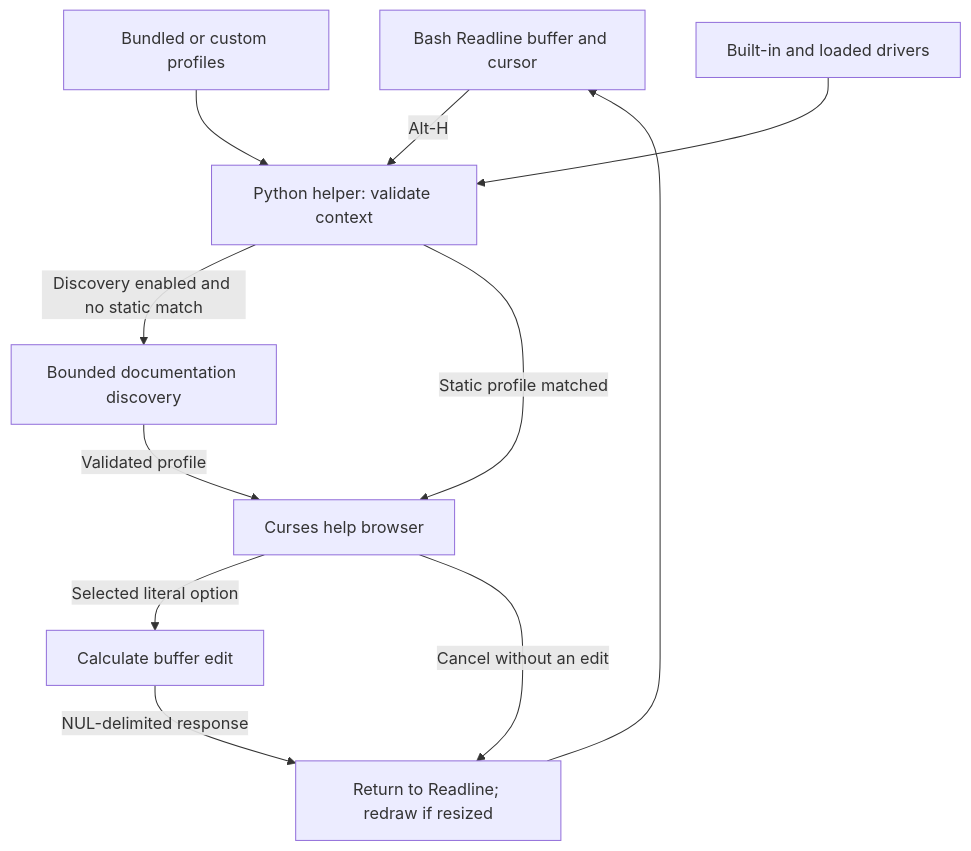
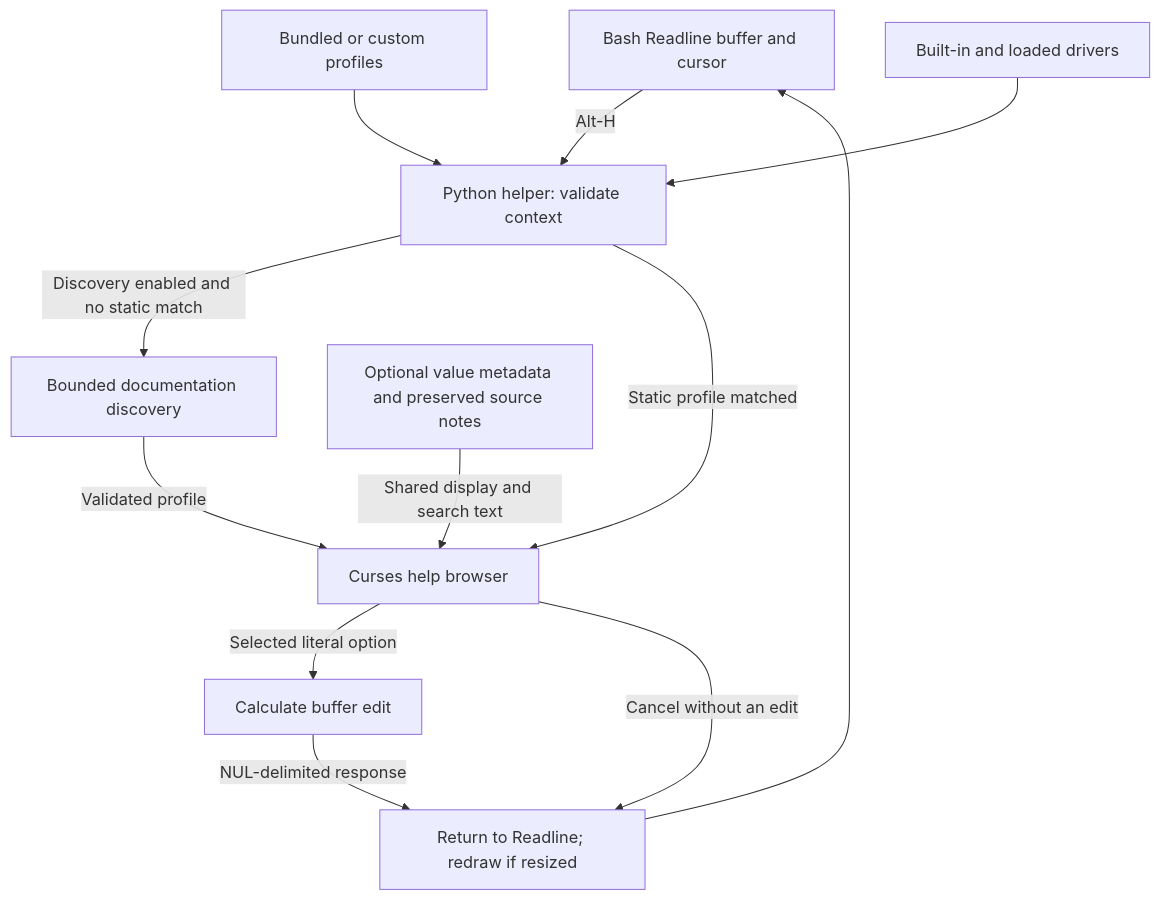
One commit to Usrnmna/CLI-InteractiveHelpMenu changed the diagram in docs/development.md. Above: the diagram before and after it, drawn with Mermaid. The commit also changed other lines of this file and 30 other files, not shown here.

````diff
--- a/docs/development.md
+++ b/docs/development.md
@@ -13,13 +13,14 @@
 ```mermaid
 flowchart TD
     B[Bash Readline buffer and cursor] -->|Alt-H| H[Python helper: validate context]
     P[Bundled or custom profiles] --> H
     D[Built-in and loaded drivers] --> H
     H -->|Discovery enabled and no static match| Q[Bounded documentation discovery]
     Q -->|Validated profile| U[Curses help browser]
     H -->|Static profile matched| U
+    N[Optional value metadata and preserved source notes] -->|Shared display and search text| U
     U -->|Selected literal option| E[Calculate buffer edit]
     E -->|NUL-delimited response| R[Return to Readline; redraw if resized]
     U -->|Cancel without an edit| R
     R --> B
 ```
````
